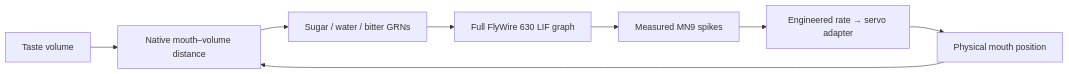
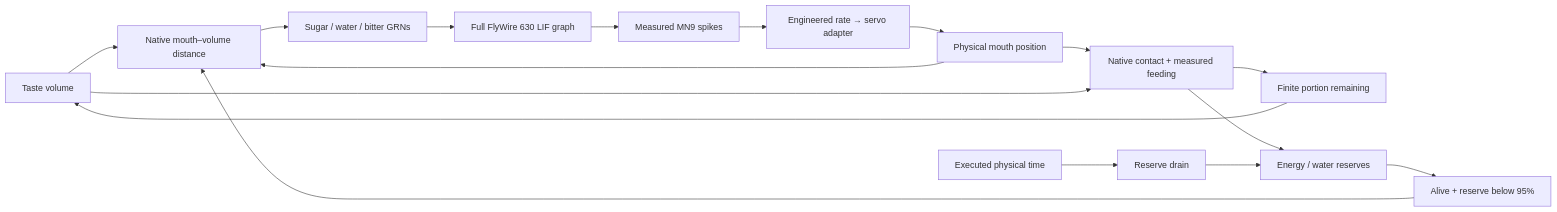
One commit to bitdeep/fly-netsphere changed the diagram in docs/habitat.md. Above: the diagram before and after it, drawn with Mermaid. The commit also changed other lines of this file and 18 other files, not shown here.

First line of the commit message:
Add finite food and water with visible survival reserves

````diff
--- a/docs/habitat.md
+++ b/docs/habitat.md
@@ -24,10 +55,19 @@
 ```mermaid
 flowchart LR
   Object["Taste volume"] --> Contact["Native mouth–volume distance"]
   Body["Physical mouth position"] --> Contact
   Contact --> Input["Sugar / water / bitter GRNs"]
   Input --> Brain["Full FlyWire 630 LIF graph"]
   Brain --> MN9["Measured MN9 spikes"]
   MN9 --> Adapter["Engineered rate → servo adapter"]
   Adapter --> Body
+  Body --> Intake["Native contact + measured feeding"]
+  Object --> Intake
+  Intake --> Remaining["Finite portion remaining"]
+  Intake --> Reserves["Energy / water reserves"]
+  Clock["Executed physical time"] --> Drain["Reserve drain"]
+  Drain --> Reserves
+  Reserves --> Gate["Alive + reserve below 95%"]
+  Gate --> Contact
+  Remaining --> Object
 ```
````
